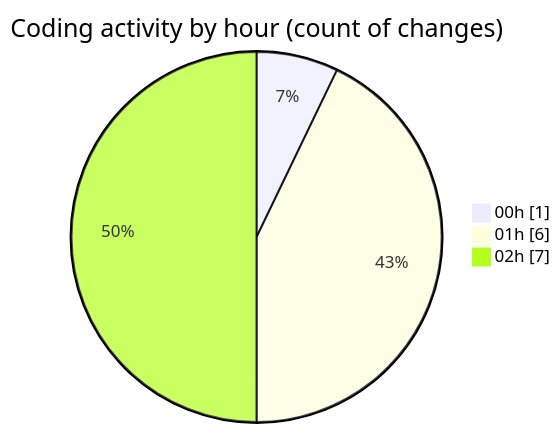
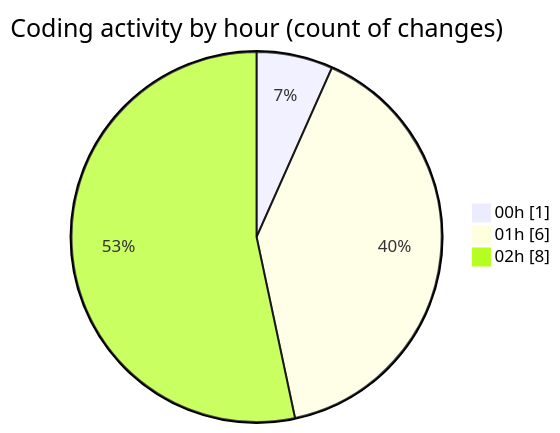
Before and after one commit to julien-gomy/code-tracking: the second of 2 diagrams in 2025-11-22/eventscop-frontend-guide__workspace_/README.md, drawn with Mermaid. The commit also changed other lines of this file and 1 other file, not shown here.

````diff
--- a/2025-11-22/eventscop-frontend-guide__workspace_/README.md
+++ b/2025-11-22/eventscop-frontend-guide__workspace_/README.md
@@ -34,7 +34,7 @@
 ```mermaid
 pie showData
 title Coding activity by hour (count of changes)
 "00h" : 1
 "01h" : 6
-"02h" : 7
+"02h" : 8
 ```
````
